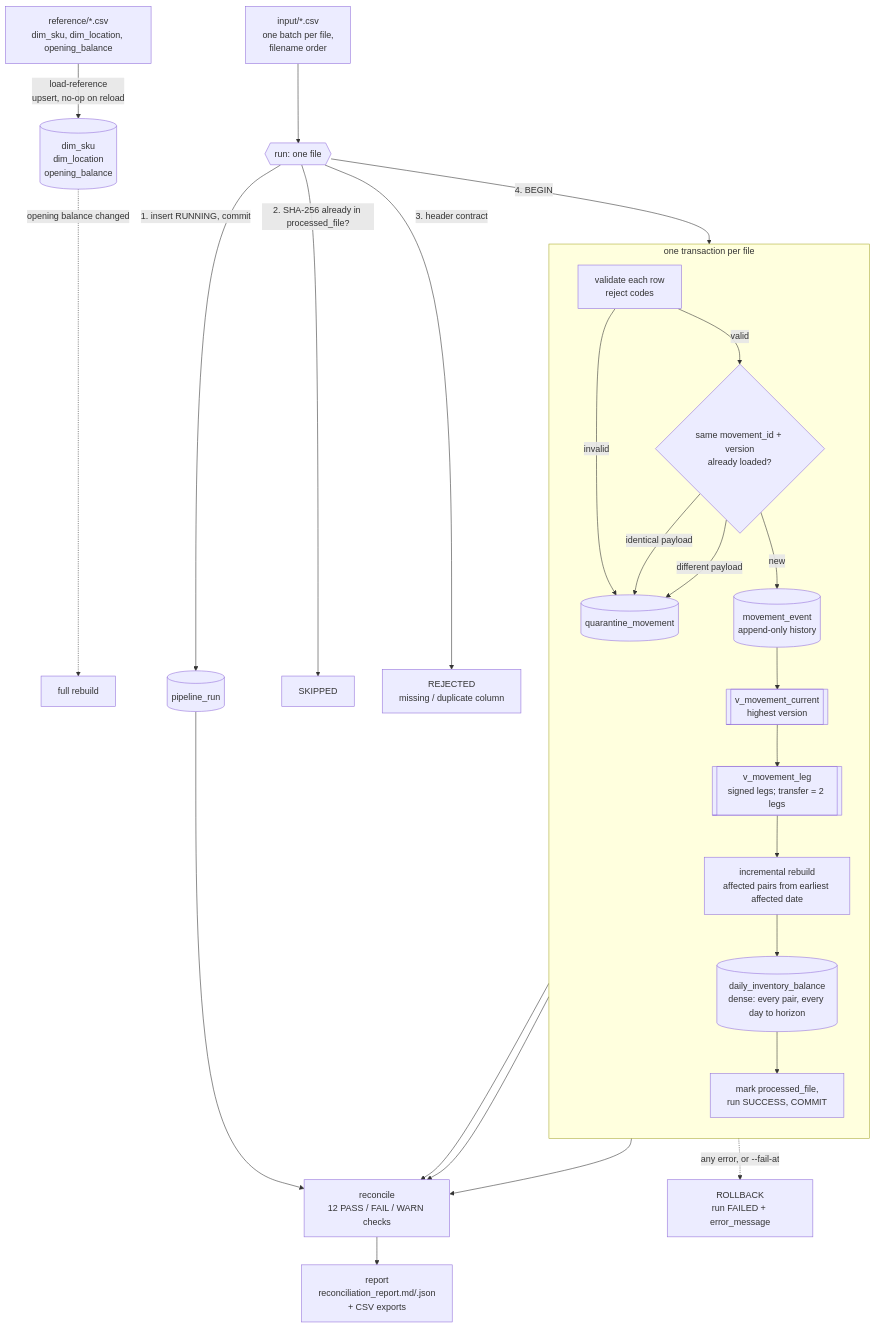
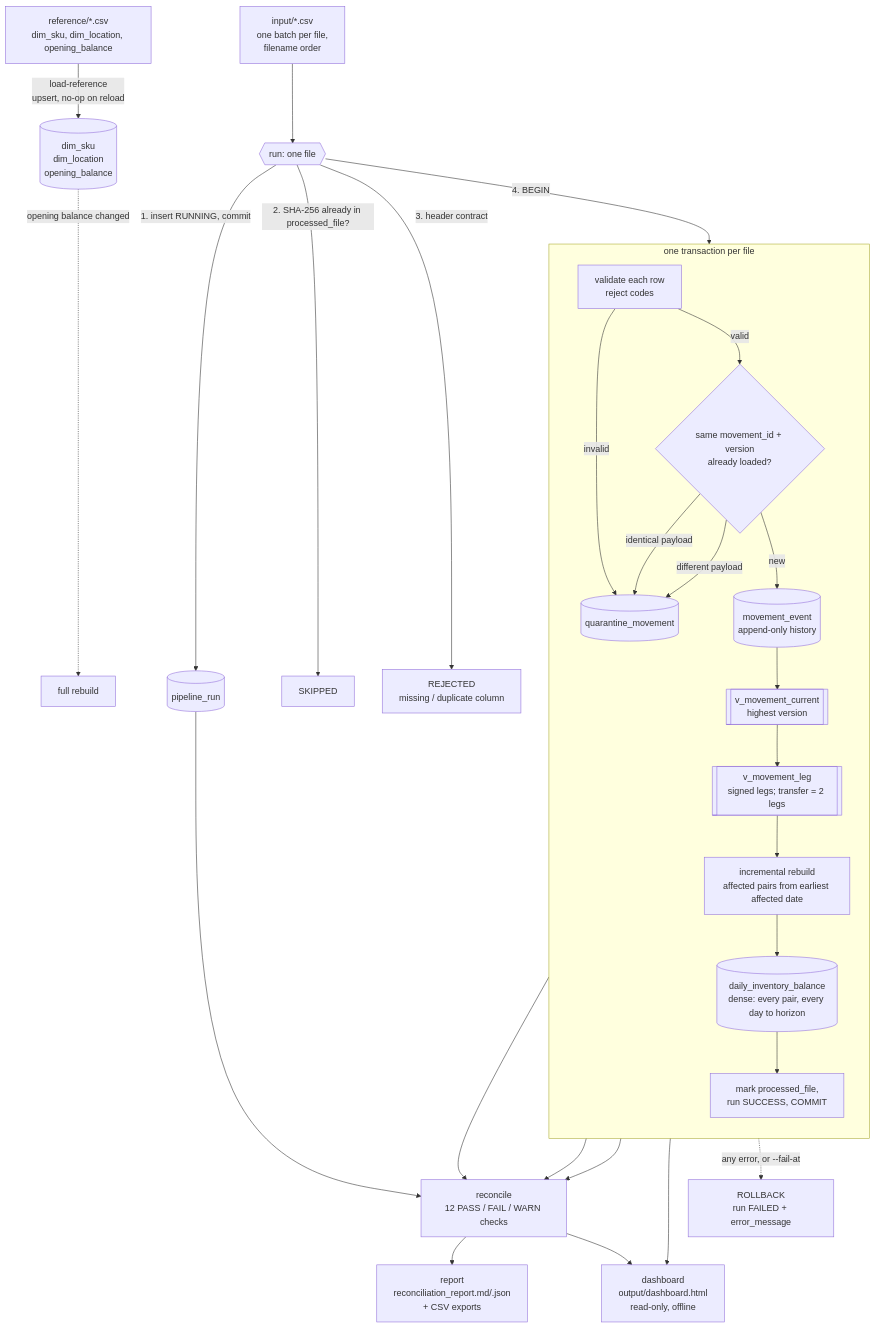
Before and after one commit to risri-odoo/inventory-daily-balance-pipeline: the first of 2 diagrams in docs/architecture.md, drawn with Mermaid. The commit also changed other lines of this file and 7 other files, not shown here.

First line of the commit message:
feat: add read-only HTML dashboard

````diff
--- a/docs/architecture.md
+++ b/docs/architecture.md
@@ -8,33 +8,35 @@
 ```mermaid
 flowchart TD
     REF[reference/*.csv<br/>dim_sku, dim_location, opening_balance] -->|load-reference<br/>upsert, no-op on reload| DIMS[(dim_sku<br/>dim_location<br/>opening_balance)]
     DIMS -. opening balance changed .-> FULL[full rebuild]
 
     IN[input/*.csv<br/>one batch per file,<br/>filename order] --> RUN{{run: one file}}
     RUN -->|1. insert RUNNING, commit| PR[(pipeline_run)]
     RUN -->|2. SHA-256 already in processed_file?| SKIP[SKIPPED]
     RUN -->|3. header contract| REJ[REJECTED<br/>missing / duplicate column]
     RUN -->|4. BEGIN| TX
 
     subgraph TX [one transaction per file]
         direction TB
         V[validate each row<br/>reject codes] -->|invalid| Q[(quarantine_movement)]
         V -->|valid| D{same movement_id + version<br/>already loaded?}
         D -->|identical payload| Q
         D -->|different payload| Q
         D -->|new| E[(movement_event<br/>append-only history)]
         E --> CUR[[v_movement_current<br/>highest version]]
         CUR --> LEG[[v_movement_leg<br/>signed legs; transfer = 2 legs]]
         LEG --> B[incremental rebuild<br/>affected pairs from earliest affected date]
         B --> DIB[(daily_inventory_balance<br/>dense: every pair, every day to horizon)]
         DIB --> OK[mark processed_file,<br/>run SUCCESS, COMMIT]
     end
 
     TX -.->|any error, or --fail-at| RB[ROLLBACK<br/>run FAILED + error_message]
 
     DIB --> REC[reconcile<br/>12 PASS / FAIL / WARN checks]
     E --> REC
     Q --> REC
     PR --> REC
     REC --> RPT[report<br/>reconciliation_report.md/.json<br/>+ CSV exports]
+    REC --> DASH[dashboard<br/>output/dashboard.html<br/>read-only, offline]
+    DIB --> DASH
 ```
````
